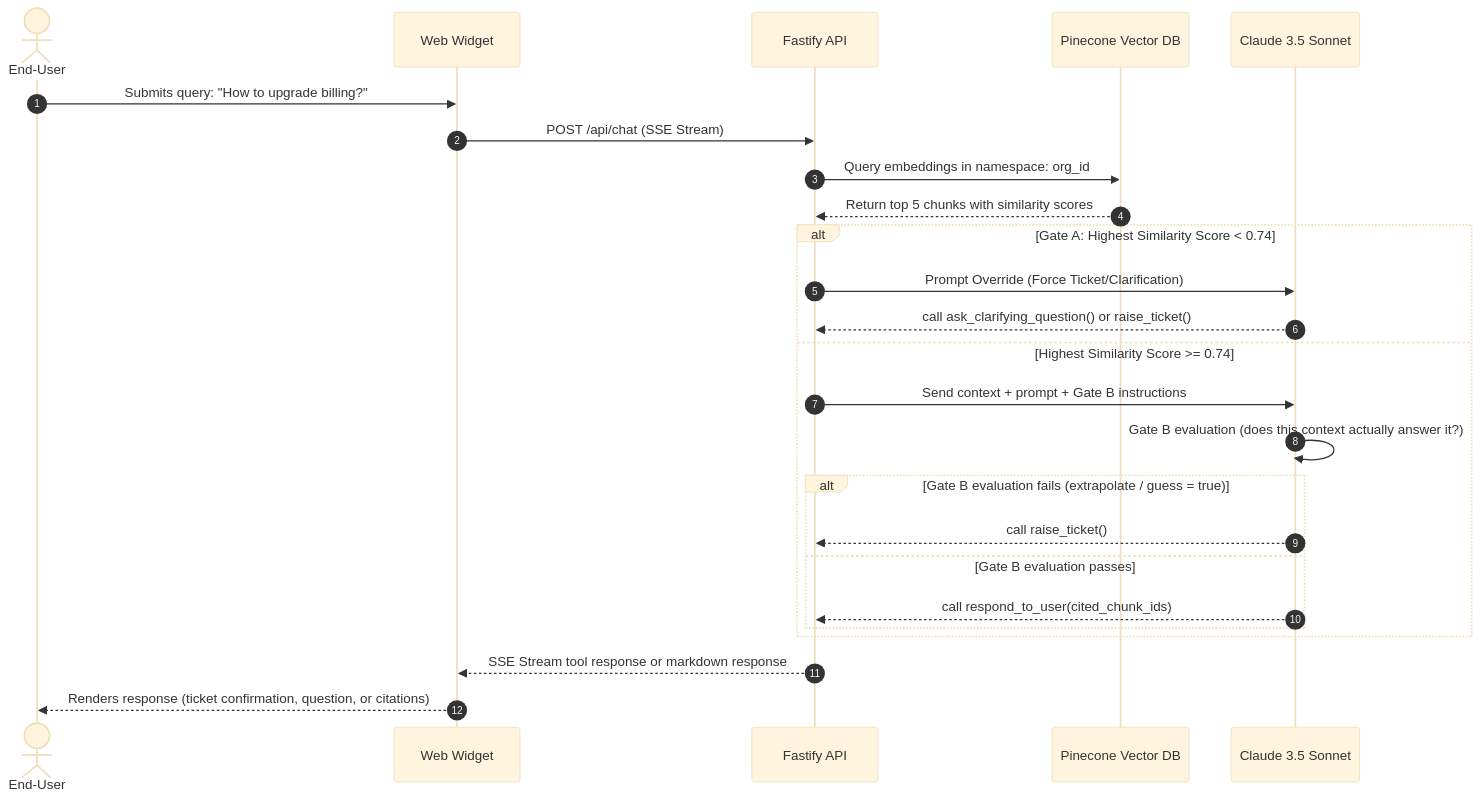
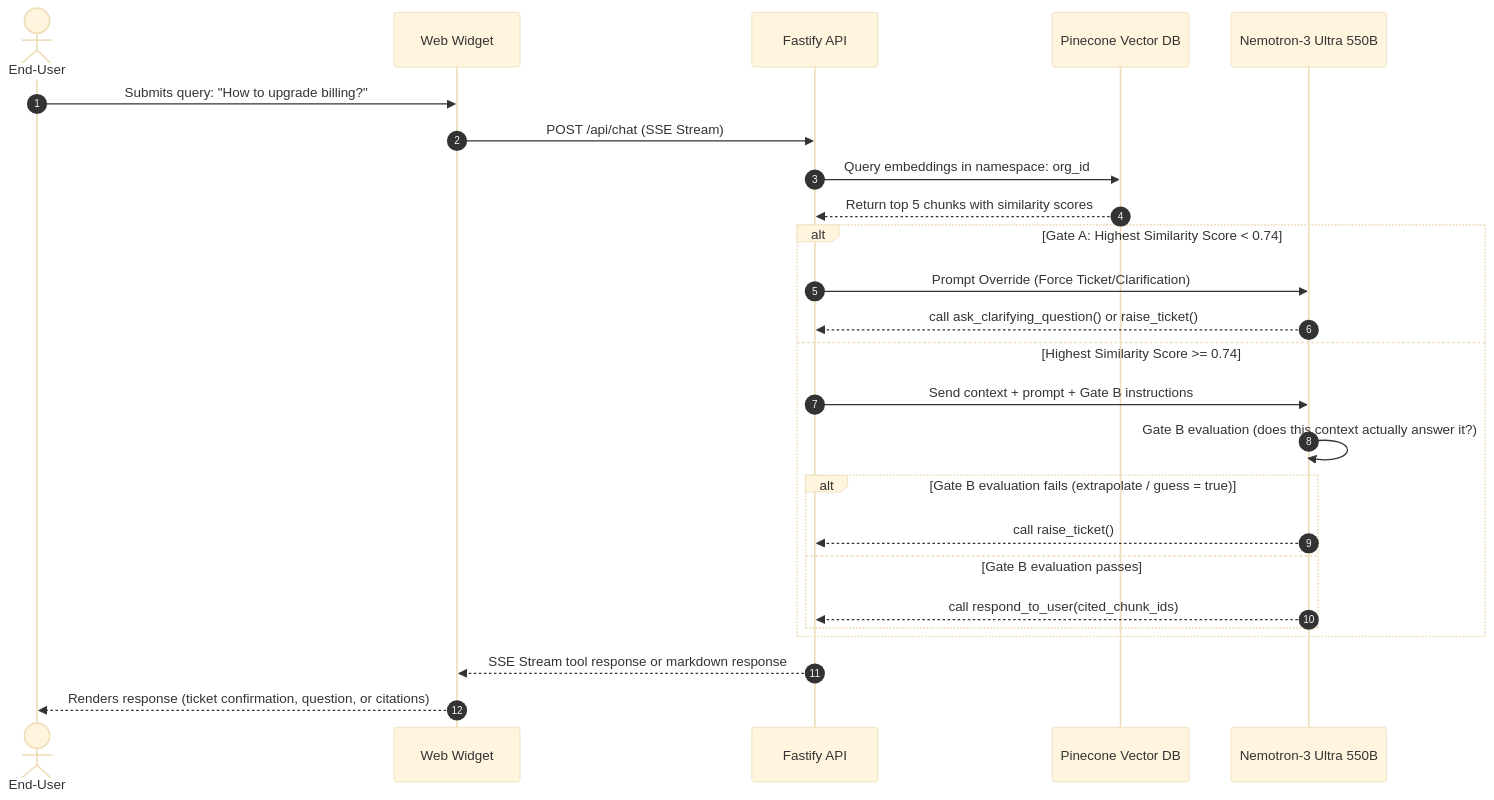
Before and after one commit to krit22/Agentify: the second of 3 diagrams in PRD.md, drawn with Mermaid (base theme). The commit also changed other lines of this file and 19 other files, not shown here.

Commit message:
feat: initialize @repo/db and @repo/schemas packages, configure Neon DB and Pinecone client integrations

````diff
--- a/PRD.md
+++ b/PRD.md
@@ -99,28 +99,28 @@
 ```mermaid
 sequenceDiagram
     autonumber
     actor Sam as End-User
     participant Widget as Web Widget
     participant API as Fastify API
     participant PC as Pinecone Vector DB
-    participant LLM as Claude 3.5 Sonnet
+    participant LLM as Nemotron-3 Ultra 550B
 
     Sam->>Widget: Submits query: "How to upgrade billing?"
     Widget->>API: POST /api/chat (SSE Stream)
     API->>PC: Query embeddings in namespace: org_id
     PC-->>API: Return top 5 chunks with similarity scores
     alt Gate A: Highest Similarity Score < 0.74
         API->>LLM: Prompt Override (Force Ticket/Clarification)
         LLM-->>API: call ask_clarifying_question() or raise_ticket()
     else Highest Similarity Score >= 0.74
         API->>LLM: Send context + prompt + Gate B instructions
         LLM->>LLM: Gate B evaluation (does this context actually answer it?)
         alt Gate B evaluation fails (extrapolate / guess = true)
             LLM-->>API: call raise_ticket()
         else Gate B evaluation passes
             LLM-->>API: call respond_to_user(cited_chunk_ids)
         end
     end
     API-->>Widget: SSE Stream tool response or markdown response
     Widget-->>Sam: Renders response (ticket confirmation, question, or citations)
 ```
````
